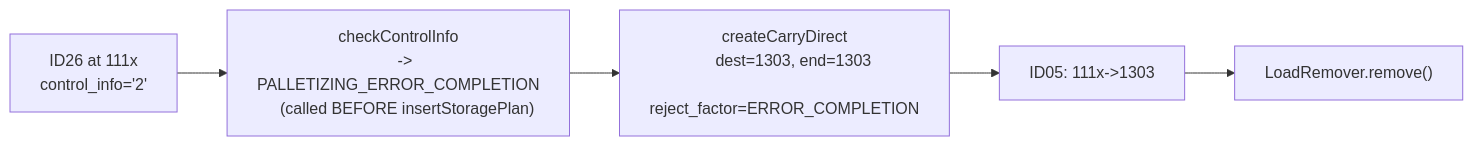
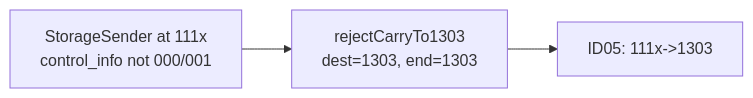
One commit to luthfiadityaa/SimeDarby-Wiki changed the eighth of 14 diagrams in Basic-Design/DFD-WMS/Storage/Storage-Process.md. Above: the diagram before and after it, drawn with Mermaid. The commit also changed other lines of this file, not shown here.

Commit message:
storage process update

```diff
--- a/Basic-Design/DFD-WMS/Storage/Storage-Process.md
+++ b/Basic-Design/DFD-WMS/Storage/Storage-Process.md
@@ -335,12 +362,7 @@
 ::: mermaid
 flowchart LR
-    A["ID26 at 111x
-    control_info='2'"] --> B["checkControlInfo
-    -> PALLETIZING_ERROR_COMPLETION
-    (called BEFORE insertStoragePlan)"]
-    B --> C["createCarryDirect
-    dest=1303, end=1303
-    reject_factor=ERROR_COMPLETION"]
-    C --> D["ID05: 111x->1303"]
-    D --> E["LoadRemover.remove()"]
+    A["StorageSender at 111x
+    control_info not 000/001"] --> B["rejectCarryTo1303
+    dest=1303, end=1303"]
+    B --> C["ID05: 111x->1303"]
 :::
```
